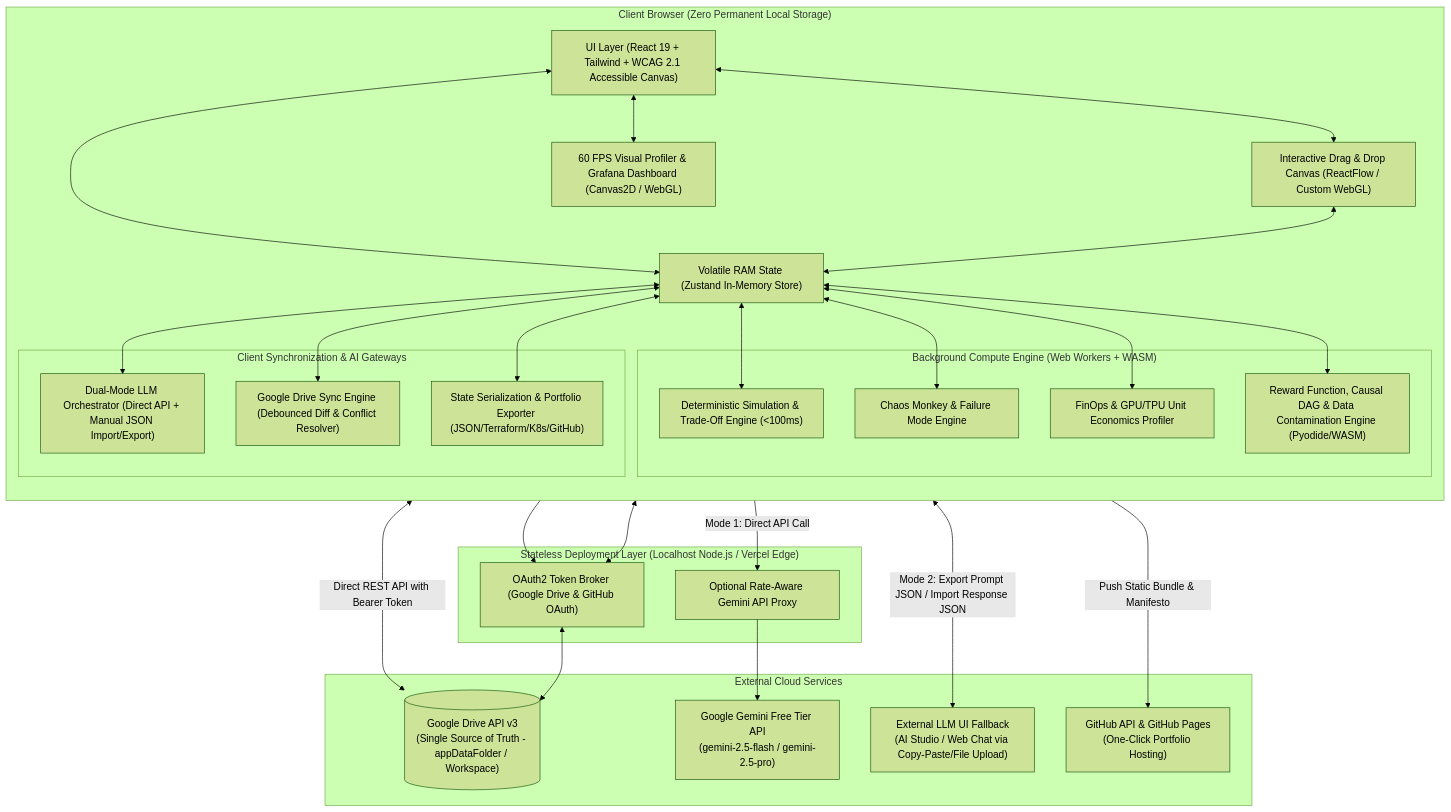
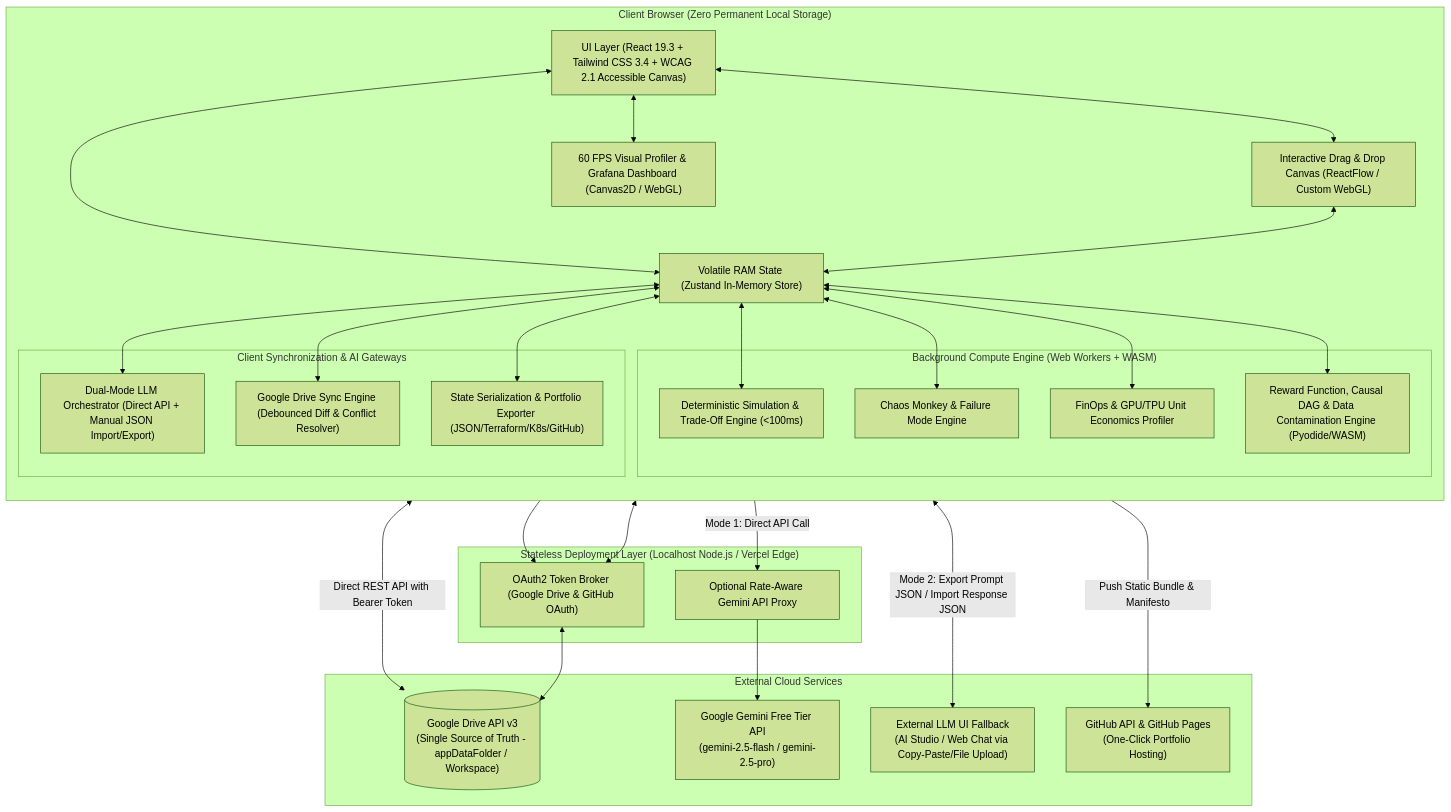
One commit to Strider221B/ml-sys-design changed the first of 5 diagrams in documentation/design/high_level.md. Above: the diagram before and after it, drawn with Mermaid (forest theme). The commit also changed 9 other files, not shown here.

````diff
--- a/documentation/design/high_level.md
+++ b/documentation/design/high_level.md
@@ -21,59 +21,59 @@
 ```mermaid
 graph TB
     subgraph Client_Browser["Client Browser (Zero Permanent Local Storage)"]
         direction TB
-        UI["UI Layer (React 19 + Tailwind + WCAG 2.1 Accessible Canvas)"]
+        UI["UI Layer (React 19.3 + Tailwind CSS 3.4 + WCAG 2.1 Accessible Canvas)"]
         Canvas["Interactive Drag & Drop Canvas (ReactFlow / Custom WebGL)"]
         Telemetry["60 FPS Visual Profiler & Grafana Dashboard (Canvas2D / WebGL)"]
         Store["Volatile RAM State (Zustand In-Memory Store)"]
         
         subgraph Web_Workers["Background Compute Engine (Web Workers + WASM)"]
             SimEngine["Deterministic Simulation & Trade-Off Engine (<100ms)"]
             ChaosEngine["Chaos Monkey & Failure Mode Engine"]
             FinOpsCalc["FinOps & GPU/TPU Unit Economics Profiler"]
             MathSandbox["Reward Function, Causal DAG & Data Contamination Engine (Pyodide/WASM)"]
         end
 
         subgraph Gateways["Client Synchronization & AI Gateways"]
             LLMOrch["Dual-Mode LLM Orchestrator (Direct API + Manual JSON Import/Export)"]
             GDriveSync["Google Drive Sync Engine (Debounced Diff & Conflict Resolver)"]
             IaCExporter["State Serialization & Portfolio Exporter (JSON/Terraform/K8s/GitHub)"]
         end
     end
 
     subgraph Serverless_Edge["Stateless Deployment Layer (Localhost Node.js / Vercel Edge)"]
         AuthProxy["OAuth2 Token Broker (Google Drive & GitHub OAuth)"]
         GeminiProxy["Optional Rate-Aware Gemini API Proxy"]
     end
 
     subgraph External_Cloud["External Cloud Services"]
         GDrive[("Google Drive API v3\n(Single Source of Truth - appDataFolder / Workspace)")]
         GeminiAPI["Google Gemini Free Tier API\n(gemini-2.5-flash / gemini-2.5-pro)"]
         ManualLLM["External LLM UI Fallback\n(AI Studio / Web Chat via Copy-Paste/File Upload)"]
         GitHubPages["GitHub API & GitHub Pages\n(One-Click Portfolio Hosting)"]
     end
 
     UI <--> Canvas
     UI <--> Telemetry
     UI <--> Store
     Canvas <--> Store
     Store <--> SimEngine
     Store <--> ChaosEngine
     Store <--> FinOpsCalc
     Store <--> MathSandbox
 
     Store <--> GDriveSync
     Store <--> LLMOrch
     Store <--> IaCExporter
 
     GDriveSync <--> AuthProxy
     AuthProxy <--> GDrive
     GDriveSync <-->|Direct REST API with Bearer Token| GDrive
 
     LLMOrch -->|Mode 1: Direct API Call| GeminiProxy
     GeminiProxy --> GeminiAPI
     LLMOrch <-->|Mode 2: Export Prompt JSON / Import Response JSON| ManualLLM
 
     IaCExporter --> AuthProxy
     IaCExporter -->|Push Static Bundle & Manifesto| GitHubPages
 ```
````
